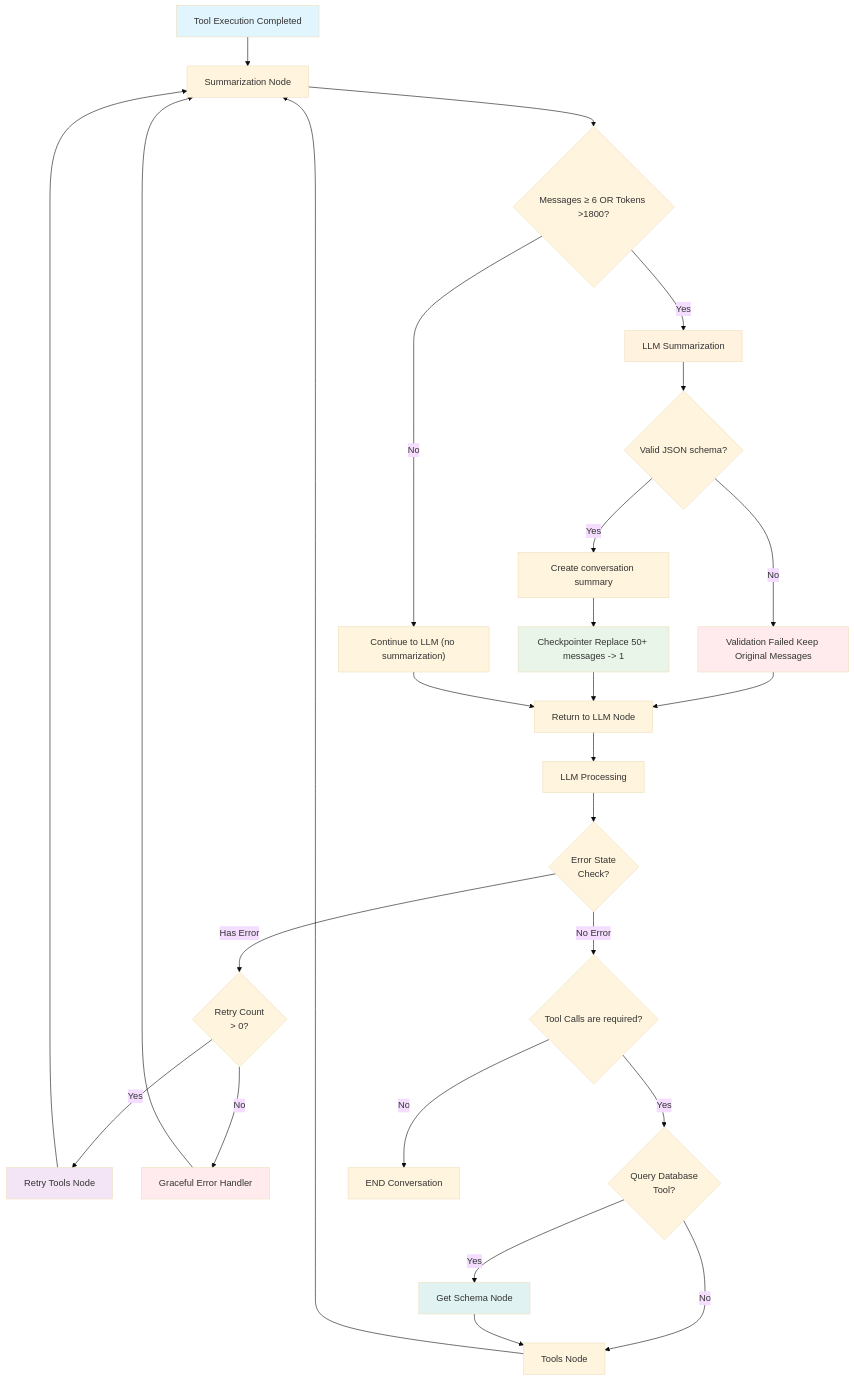
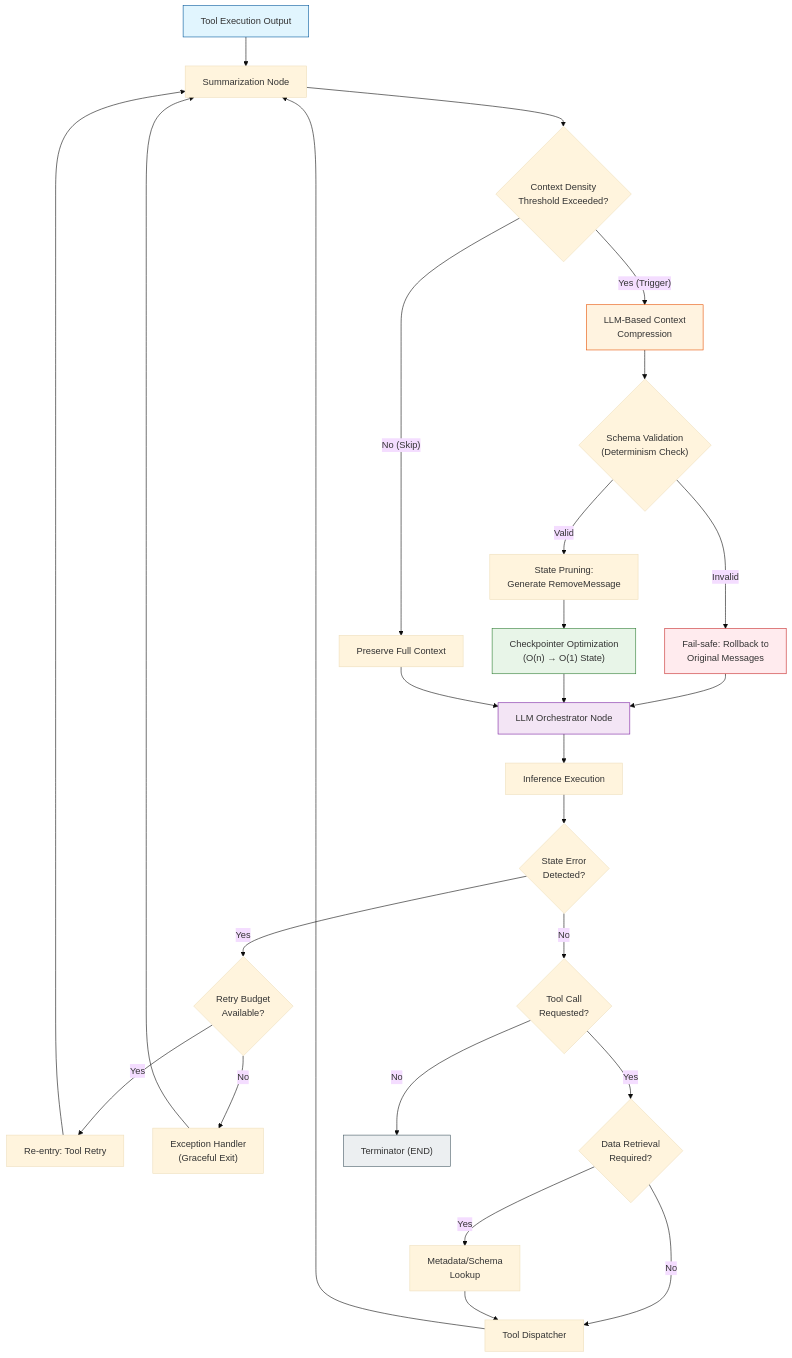
Before and after one commit to phaa/dyno-agent: the diagram in docs/TECHNICAL_ARCHITECTURE.md, drawn with Mermaid (base theme). The commit also changed other lines of this file and 21 other files, not shown here.

````diff
--- a/docs/TECHNICAL_ARCHITECTURE.md
+++ b/docs/TECHNICAL_ARCHITECTURE.md
@@ -696,46 +836,45 @@
 ```mermaid
 flowchart TD
-    A["Tool Execution Completed"] --> B["Summarization Node"]
-    B --> C{"Messages ≥ 6 OR Tokens >1800?"}
+    A["Tool Execution Output"] --> B["Summarization Node"]
+    B --> C{"Context Density<br/>Threshold Exceeded?"}
     
-    C -->|"No"| D["Continue to LLM (no summarization)"]
-    C -->|"Yes"| E["LLM Summarization"]
+    C -->|"No (Skip)"| D["Preserve Full Context"]
+    C -->|"Yes (Trigger)"| E["LLM-Based Context<br/>Compression"]
     
-    E --> F{"Valid JSON schema?"}
-    F -->|"No"| G["Validation Failed Keep Original Messages"]
-    F -->|"Yes"| H["Create conversation summary"]
+    E --> F{"Schema Validation<br/>(Determinism Check)"}
+    F -->|"Invalid"| G["Fail-safe: Rollback to<br/>Original Messages"]
+    F -->|"Valid"| H["State Pruning:<br/>Generate RemoveMessage"]
     
-    H --> I["Checkpointer Replace 50+ messages -> 1"]
+    H --> I["Checkpointer Optimization<br/>(O(n) → O(1) State)"]
     
-    G --> J["Return to LLM Node"]
+    G --> J["LLM Orchestrator Node"]
     I --> J
     D --> J
     
-    J --> K["LLM Processing"]
-    K --> L{"Error State<br/>Check?"}
+    J --> K["Inference Execution"]
+    K --> L{"State Error<br/>Detected?"}
     
-    L -->|"Has Error"| M{"Retry Count<br/>> 0?"}
-    L -->|"No Error"| N{"Tool Calls are required?"}
+    L -->|"Yes"| M{"Retry Budget<br/>Available?"}
+    L -->|"No"| N{"Tool Call<br/>Requested?"}
     
-    M -->|"Yes"| O["Retry Tools Node"]
-    M -->|"No"| P["Graceful Error Handler"]
+    M -->|"Yes"| O["Re-entry: Tool Retry"]
+    M -->|"No"| P["Exception Handler<br/>(Graceful Exit)"]
     
-    N -->|"Yes"| Q{"Query Database<br/>Tool?"}
-    N -->|"No"| R["END Conversation"]
+    N -->|"Yes"| Q{"Data Retrieval<br/>Required?"}
+    N -->|"No"| R["Terminator (END)"]
     
-    Q -->|"Yes"| S["Get Schema Node"]
-    Q -->|"No"| T["Tools Node"]
+    Q -->|"Yes"| S["Metadata/Schema<br/>Lookup"]
+    Q -->|"No"| T["Tool Dispatcher"]
     
     S --> T
     O --> B
     T --> B
     P --> B
     
-    style A fill:#e1f5fe
-    style E fill:#fff3e0
-    style I fill:#e8f5e8
-    style G fill:#ffebee
-    style O fill:#f3e5f5
-    style P fill:#ffebee
-    style S fill:#e0f2f1
+    style A fill:#e1f5fe,stroke:#01579b
+    style E fill:#fff3e0,stroke:#e65100
+    style I fill:#e8f5e8,stroke:#2e7d32
+    style G fill:#ffebee,stroke:#c62828
+    style J fill:#f3e5f5,stroke:#7b1fa2
+    style R fill:#eceff1,stroke:#455a64
 ```
````
